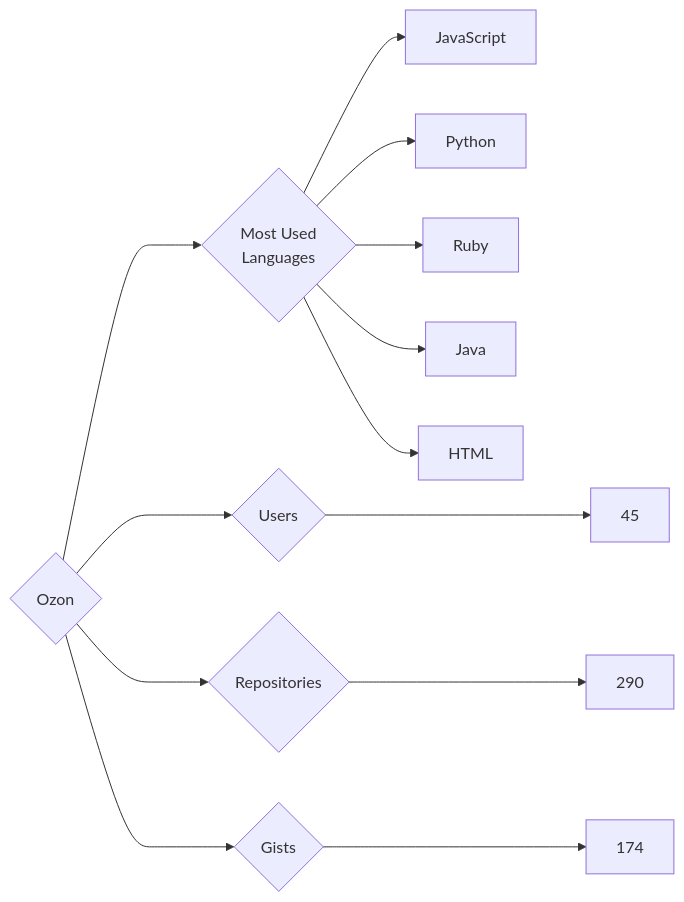
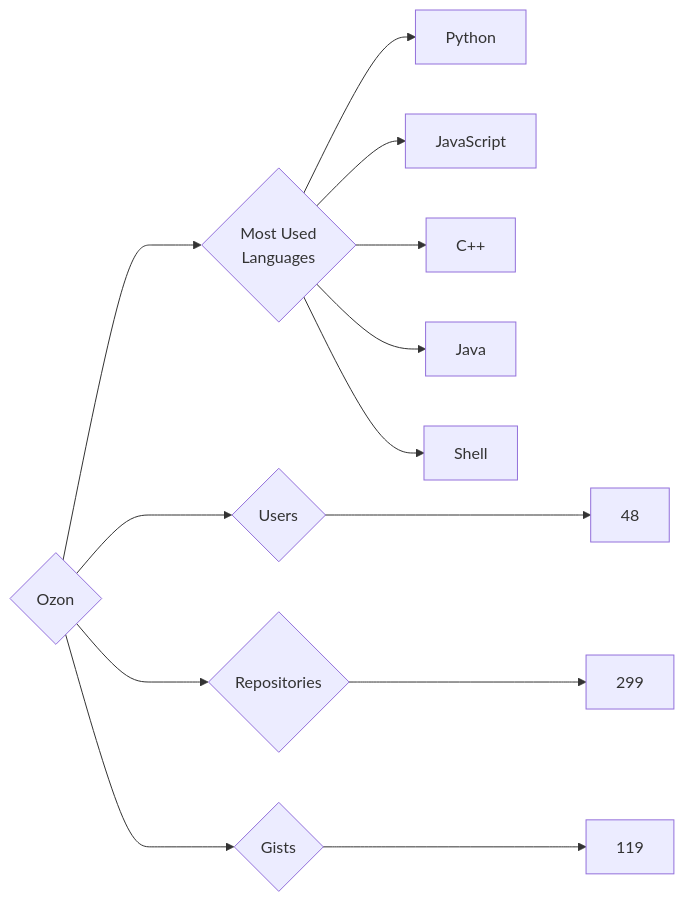
Before and after one commit to trickest/insiders: the diagram in targets/Ozon/README.md, drawn with Mermaid. The commit also changed 806 other files, not shown here.

````diff
--- a/targets/Ozon/README.md
+++ b/targets/Ozon/README.md
@@ -3,13 +3,13 @@
 ```mermaid
 graph LR
 COMPANY_NAME{Ozon}
-COMPANY_NAME ---> U{Users} ---> UN[45]
-COMPANY_NAME ---> R{Repositories} ---> RN[290]
-COMPANY_NAME ---> G{Gists} ---> GN[174]
+COMPANY_NAME ---> U{Users} ---> UN[48]
+COMPANY_NAME ---> R{Repositories} ---> RN[299]
+COMPANY_NAME ---> G{Gists} ---> GN[119]
 COMPANY_NAME ---> ML{Most Used<br>Languages}
+ML --> Python[Python]
 ML --> JavaScript[JavaScript]
-ML --> Python[Python]
-ML --> Ruby[Ruby]
+ML --> C++[C++]
 ML --> Java[Java]
-ML --> HTML[HTML]
+ML --> Shell[Shell]
 ```
````
